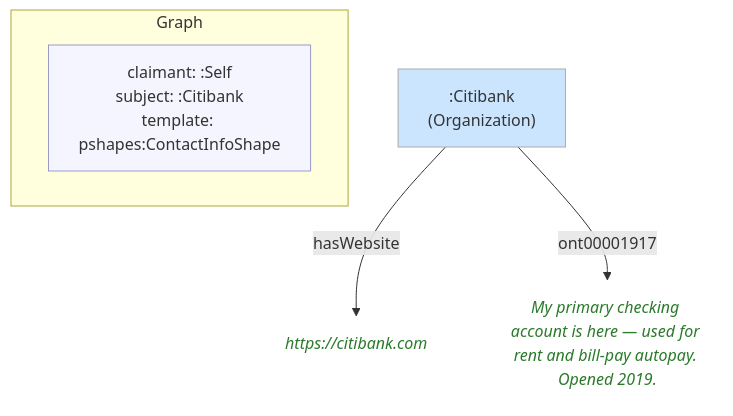
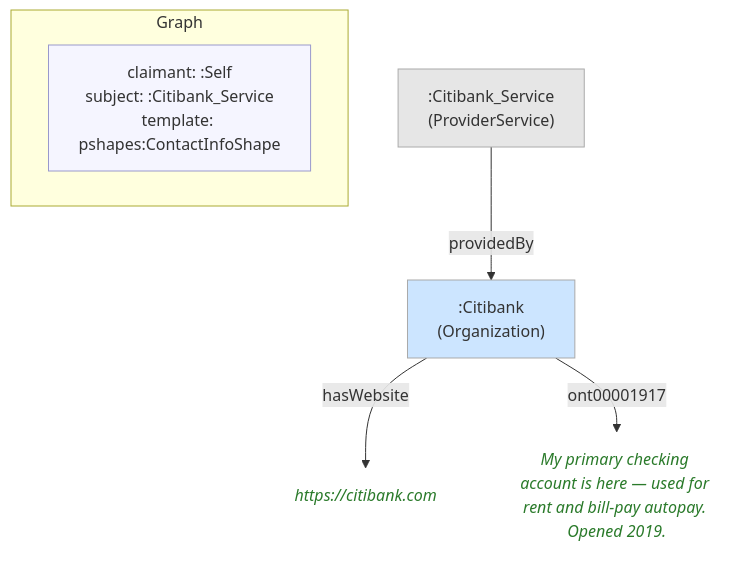
One commit to MeeFoundation/mia-ontologies changed the diagram in example/graphs/images/graph-27.mmd. Above: the diagram before and after it, drawn with Mermaid. The commit also changed 51 other files, not shown here.

```diff
--- a/example/graphs/images/graph-27.mmd
+++ b/example/graphs/images/graph-27.mmd
@@ -1,17 +1,20 @@
 flowchart TD
     classDef person fill:#fffacd,stroke:#aaa,color:#333
     classDef org    fill:#cce5ff,stroke:#aaa,color:#333
+    classDef service fill:#e6e6e6,stroke:#aaa,color:#333
     classDef lit    fill:none,stroke:none,font-style:italic,color:#2a7a2a
     classDef meta   fill:#f5f5ff,stroke:#9999cc,color:#333
 
     subgraph ctx["Graph"]
         direction LR
-        ctx_meta["claimant: :Self\nsubject: :Citibank\ntemplate: pshapes:ContactInfoShape"]:::meta
+        ctx_meta["claimant: :Self\nsubject: :Citibank_Service\ntemplate: pshapes:ContactInfoShape"]:::meta
     end
 
     n0415a88486d3[":Citibank\n(Organization)"]:::org
     n53e51b30af9b("https://citibank.com"):::lit
-    nb21d5c4329ea("My primary checking account is here — used for rent and bill-pay autopay. Opened 2019."):::lit
+    n456862ee70c2("My primary checking account is here — used for rent and bill-pay autopay. Opened 2019."):::lit
+    n228242fe6160[":Citibank_Service\n(ProviderService)"]:::service
 
     n0415a88486d3 -->|"hasWebsite"| n53e51b30af9b
-    n0415a88486d3 -->|"ont00001917"| nb21d5c4329ea
+    n0415a88486d3 -->|"ont00001917"| n456862ee70c2
+    n228242fe6160 -->|"providedBy"| n0415a88486d3
```
